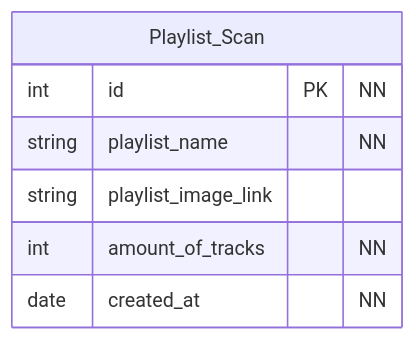
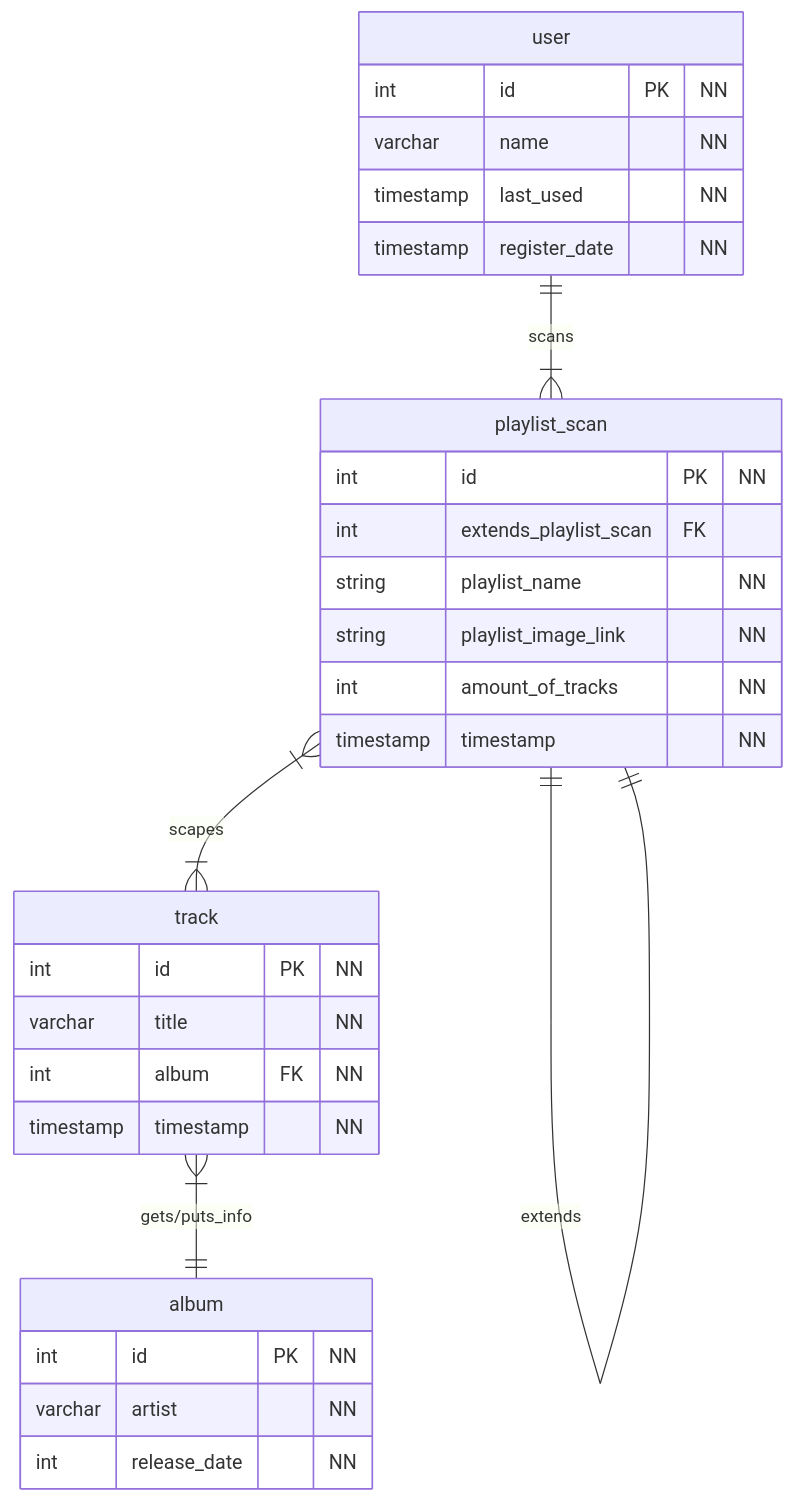
The diagram in README.md (david-auk/Mixster), drawn with Mermaid before and after one commit. The commit also changed other lines of this file and 1 other file, not shown here.

Commit message:
Updated readme and sql db

````diff
--- a/README.md
+++ b/README.md
@@ -38,10 +38,39 @@
 ```mermaid
 erDiagram
-    Playlist_Scan {
+    playlist_scan {
         int id PK "NN"
+        int extends_playlist_scan FK
         string playlist_name "NN"
-        string playlist_image_link
+        string playlist_image_link "NN"
         int amount_of_tracks "NN"
-        date created_at "NN"
+        timestamp timestamp "NN"
     }
+    
+    track {
+        int id PK "NN"
+        varchar title "NN"
+        int album FK "NN"
+        timestamp timestamp "NN"
+    }
+    
+    album {
+        int id PK "NN"
+        varchar artist "NN"
+        int release_date "NN"
+    }
+    
+    user {
+        int id PK "NN"
+        varchar name "NN"
+        timestamp last_used "NN"
+        timestamp register_date "NN"
+    }
+    
+    %% Relations
+    
+    user ||--|{ playlist_scan : "scans"
+    playlist_scan }|--|{ track : "scapes"
+    playlist_scan ||--|| playlist_scan : "extends"
+    track }|--|| album : "gets/puts_info"
+    
 ```
````
